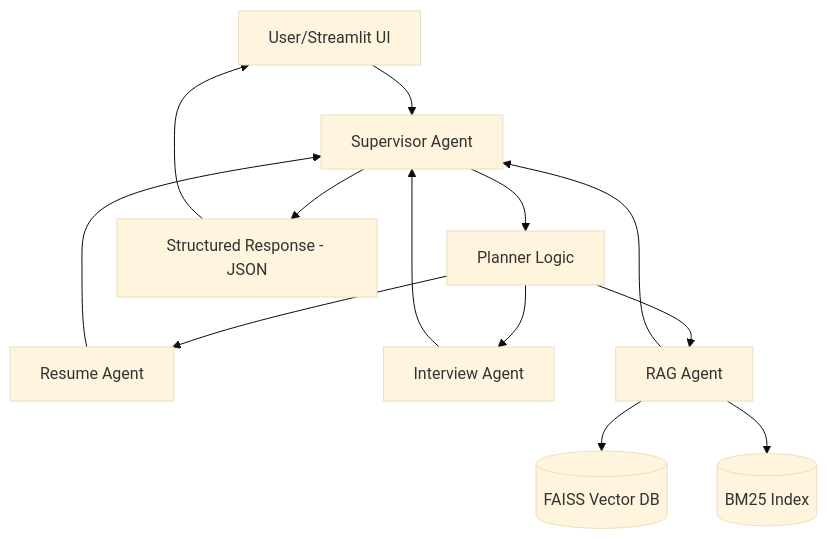
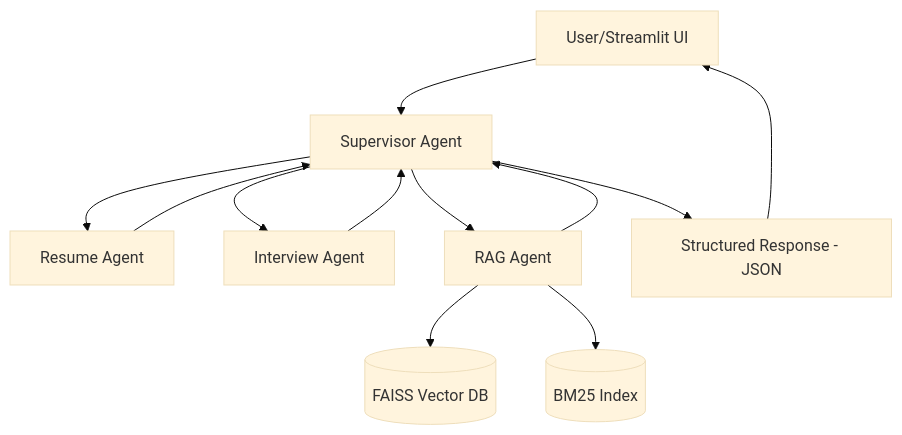
The first of 2 diagrams in docs/step2_planning_design.md (skax-hisover/AI-BootCamp), drawn with Mermaid (base theme) before and after one commit. The commit also changed other lines of this file and 8 other files, not shown here.

````diff
--- a/docs/step2_planning_design.md
+++ b/docs/step2_planning_design.md
@@ -125,15 +125,14 @@
 ```mermaid
 flowchart TD
     U[User/Streamlit UI] --> S[Supervisor Agent]
-    S --> P[Planner Logic]
-    P --> R1[Resume Agent]
-    P --> I1[Interview Agent]
-    P --> G1[RAG Agent]
+    S --> R1[Resume Agent]
+    S --> I1[Interview Agent]
+    S --> G1[RAG Agent]
     G1 --> V[(FAISS Vector DB)]
     G1 --> B[(BM25 Index)]
     R1 --> S
     I1 --> S
     G1 --> S
     S --> O["Structured Response - JSON"]
     O --> U
 ```
````
